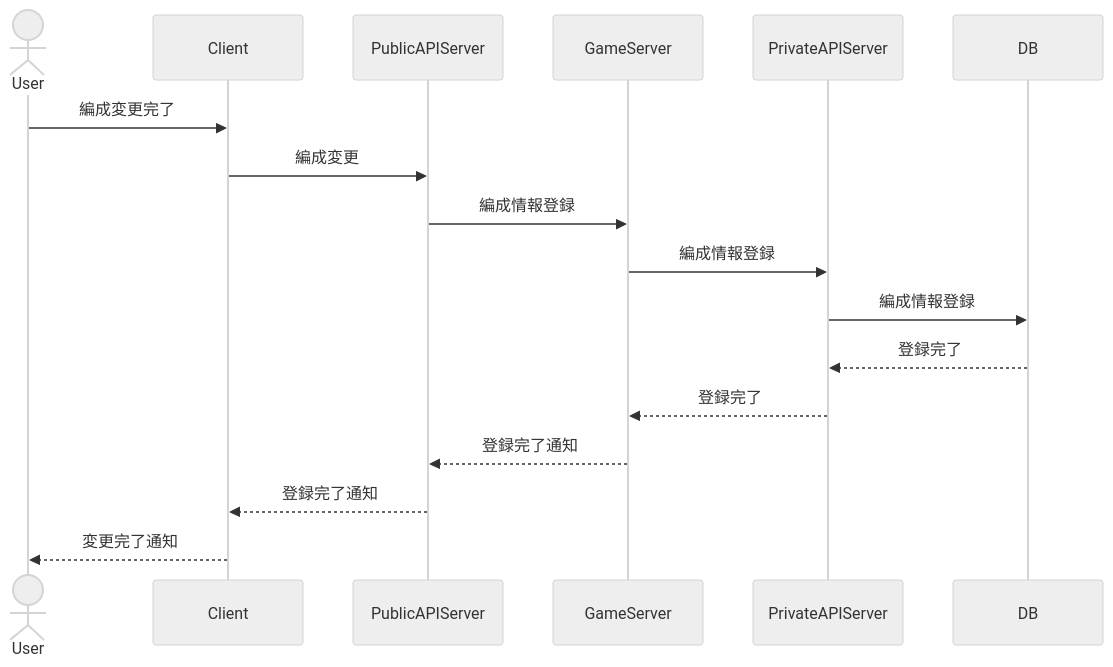
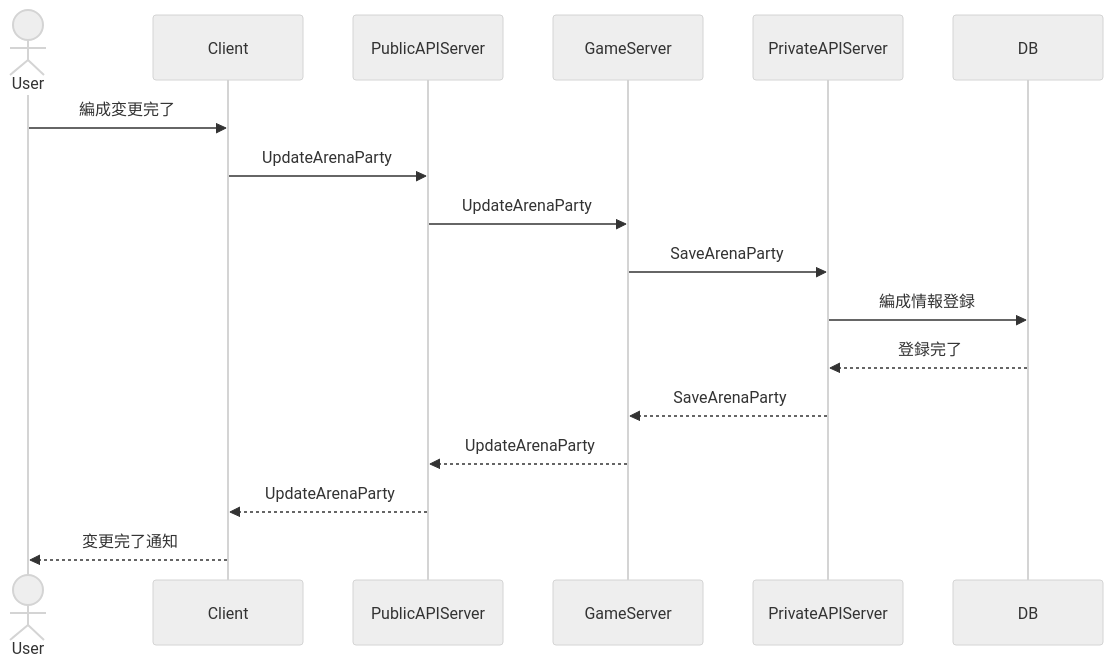
Before and after one commit to ReHydrangeaOdyssey/Specifications: the second of 3 diagrams in arina.md, drawn with Mermaid (neutral theme). The commit also changed other lines of this file and 15 other files, not shown here.

````diff
--- a/arina.md
+++ b/arina.md
@@ -62,20 +64,20 @@
 ```mermaid
 sequenceDiagram
     actor User
     participant Client
     participant PublicAPIServer
     participant GameServer
     participant PrivateAPIServer
     participant DB
 
     User->>Client: 編成変更完了
-    Client->>PublicAPIServer: 編成変更
-    PublicAPIServer->>GameServer: 編成情報登録
-    GameServer->>PrivateAPIServer: 編成情報登録
+    Client->>PublicAPIServer: UpdateArenaParty
+    PublicAPIServer->>GameServer: UpdateArenaParty
+    GameServer->>PrivateAPIServer: SaveArenaParty
     PrivateAPIServer->>DB: 編成情報登録
     DB-->>PrivateAPIServer: 登録完了
-    PrivateAPIServer-->>GameServer: 登録完了
-    GameServer-->>PublicAPIServer: 登録完了通知
-    PublicAPIServer-->>Client: 登録完了通知
+    PrivateAPIServer-->>GameServer: SaveArenaParty
+    GameServer-->>PublicAPIServer: UpdateArenaParty
+    PublicAPIServer-->>Client: UpdateArenaParty
     Client-->>User: 変更完了通知
 ```
````
